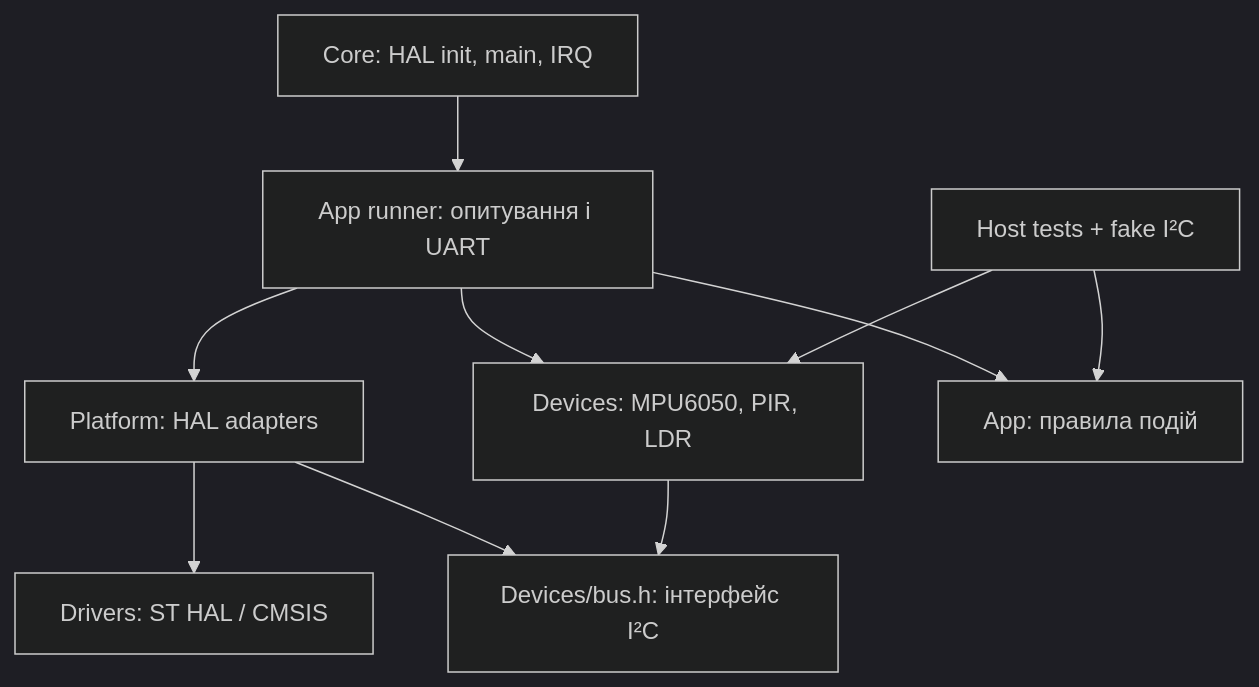
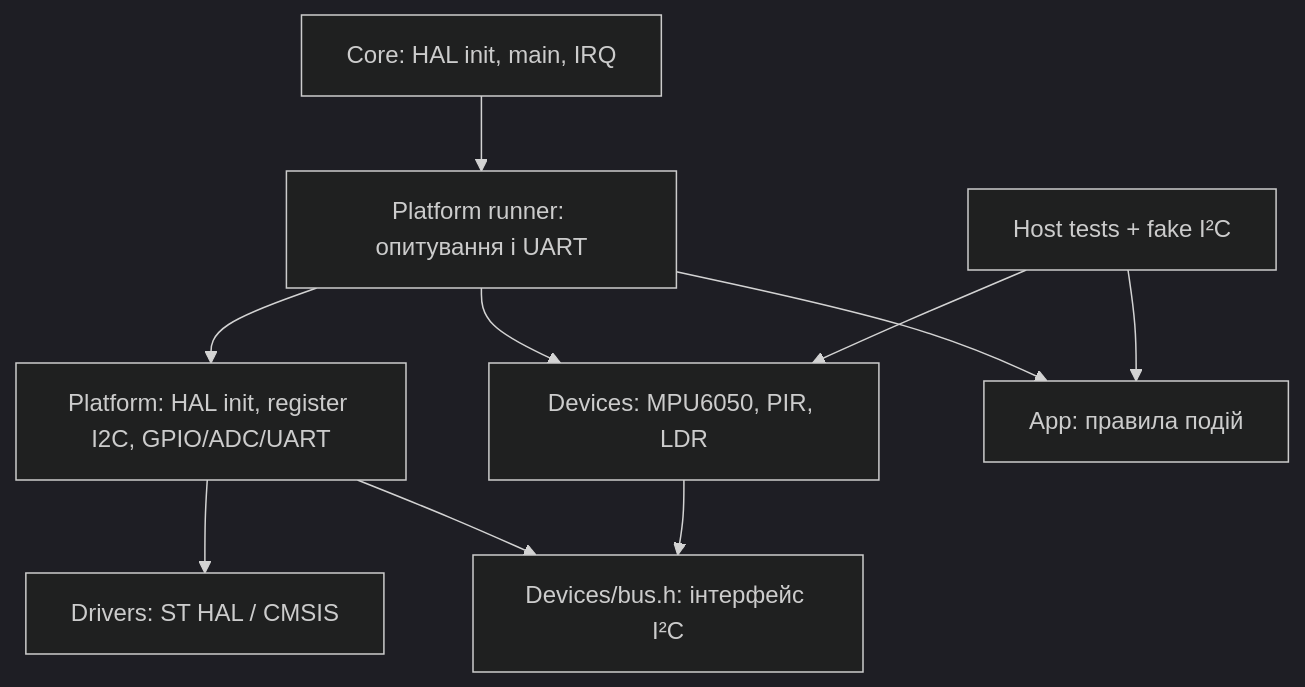
The diagram in docs/architecture.md (Sonyyaaaaa/MuseGuard), drawn with Mermaid (dark theme) before and after one commit. The commit also changed 6 other files, not shown here.

````diff
--- a/docs/architecture.md
+++ b/docs/architecture.md
@@ -5,12 +5,12 @@
 ```mermaid
 flowchart TD
-  Core["Core: HAL init, main, IRQ"] --> Runner["App runner: опитування і UART"]
-  Runner --> Platform["Platform: HAL adapters"]
+  Core["Core: HAL init, main, IRQ"] --> Runner["Platform runner: опитування і UART"]
+  Runner --> Platform["Platform: HAL init, register I2C, GPIO/ADC/UART"]
   Runner --> Devices["Devices: MPU6050, PIR, LDR"]
   Runner --> Logic["App: правила подій"]
   Platform --> HAL["Drivers: ST HAL / CMSIS"]
   Platform --> Bus["Devices/bus.h: інтерфейс I²C"]
   Devices --> Bus
   Tests["Host tests + fake I²C"] --> Devices
   Tests --> Logic
 ```
````
